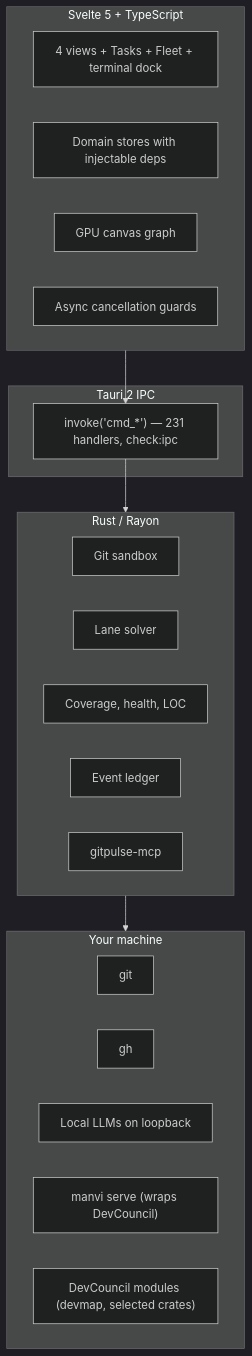
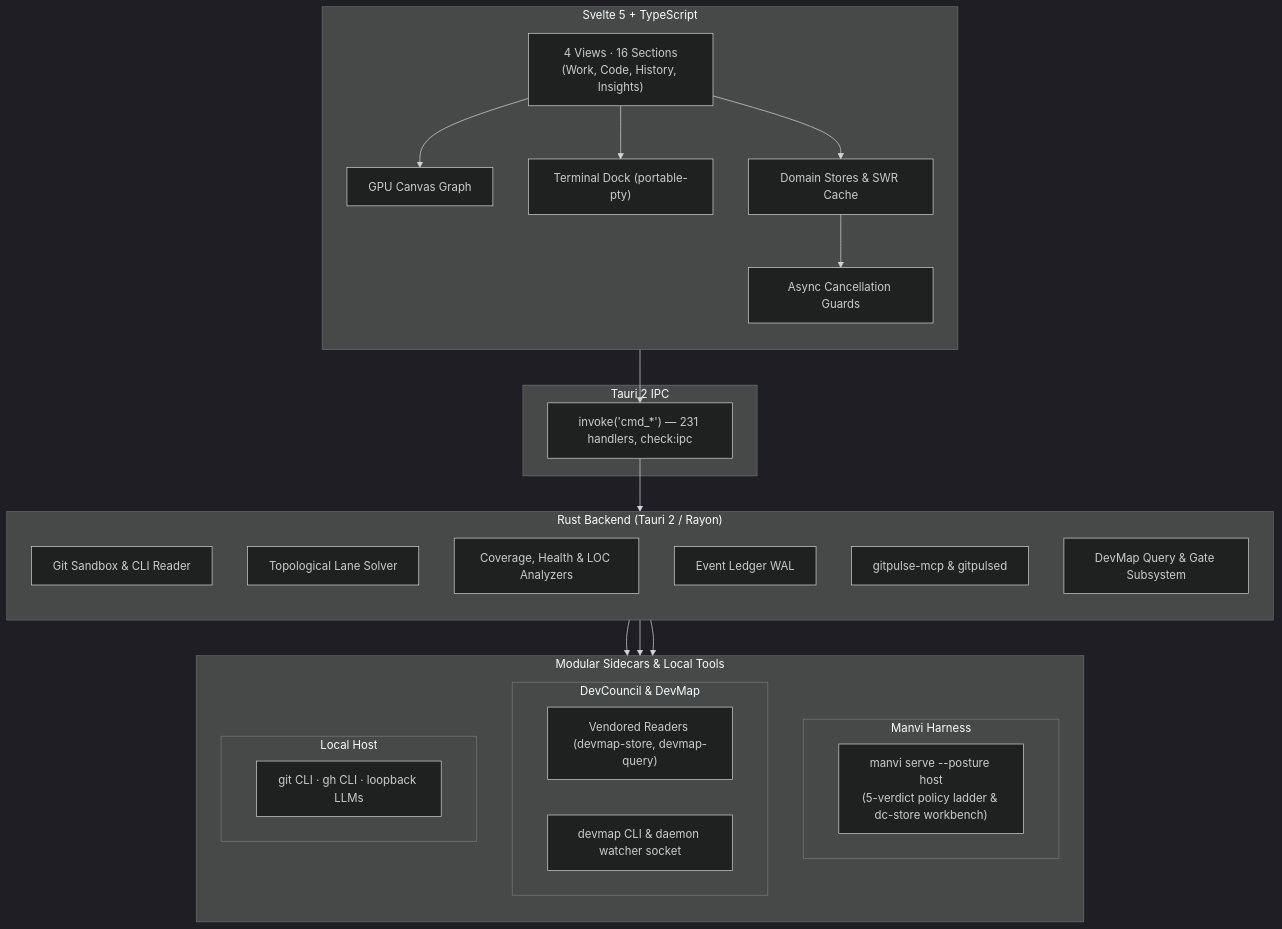
One commit to bharathvbcr/GitPulse changed the first of 2 diagrams in wiki/Architecture.md. Above: the diagram before and after it, drawn with Mermaid (dark theme). The commit also changed other lines of this file and 6 other files, not shown here.

First line of the commit message:
docs: modernize architecture and integration diagrams across docs and wiki

````diff
--- a/wiki/Architecture.md
+++ b/wiki/Architecture.md
@@ -7,28 +7,48 @@
 ```mermaid
 flowchart TB
     subgraph Frontend["Svelte 5 + TypeScript"]
-        Views["4 views + Tasks + Fleet + terminal dock"]
-        Stores["Domain stores with injectable deps"]
-        Canvas["GPU canvas graph"]
-        Guards["Async cancellation guards"]
+        direction TB
+        Views["4 Views · 16 Sections<br/>(Work, Code, History, Insights)"]
+        Canvas["GPU Canvas Graph"]
+        Dock["Terminal Dock (portable-pty)"]
+        Stores["Domain Stores & SWR Cache"]
+        Guards["Async Cancellation Guards"]
+        Views --> Canvas
+        Views --> Dock
+        Views --> Stores --> Guards
     end
+
     subgraph IPC["Tauri 2 IPC"]
         Bridge["invoke('cmd_*') — 231 handlers, check:ipc"]
     end
-    subgraph Backend["Rust / Rayon"]
-        Git["Git sandbox"]
-        Graph["Lane solver"]
-        Analyzers["Coverage, health, LOC"]
-        Ledger["Event ledger"]
-        MCP["gitpulse-mcp"]
+
+    subgraph Backend["Rust Backend (Tauri 2 / Rayon)"]
+        direction TB
+        Git["Git Sandbox & CLI Reader"]
+        Graph["Topological Lane Solver"]
+        Analyzers["Coverage, Health & LOC Analyzers"]
+        Ledger["Event Ledger WAL"]
+        MCP["gitpulse-mcp & gitpulsed"]
+        DevMapSubsys["DevMap Query & Gate Subsystem"]
     end
-    subgraph Local["Your machine"]
-        GitCLI["git"]
-        GhCLI["gh"]
-        LLM["Local LLMs on loopback"]
-        Manvi["manvi serve (wraps DevCouncil)"]
-        DevCouncil["DevCouncil modules (devmap, selected crates)"]
+
+    subgraph Integrations["Modular Sidecars & Local Tools"]
+        direction TB
+        subgraph ManviBox["Manvi Harness"]
+            Manvi["manvi serve --posture host<br/>(5-verdict policy ladder & dc-store workbench)"]
+        end
+        subgraph DevCouncilBox["DevCouncil & DevMap"]
+            Vendored["Vendored Readers (devmap-store, devmap-query)"]
+            DevMapCLI["devmap CLI & daemon watcher socket"]
+        end
+        subgraph LocalBox["Local Host"]
+            LocalTools["git CLI · gh CLI · loopback LLMs"]
+        end
     end
-    Frontend --> Bridge --> Backend
-    Backend --> Local
+
+    Guards --> Bridge
+    Bridge --> Backend
+    Backend --> ManviBox
+    Backend --> DevCouncilBox
+    Backend --> LocalBox
 ```
````
